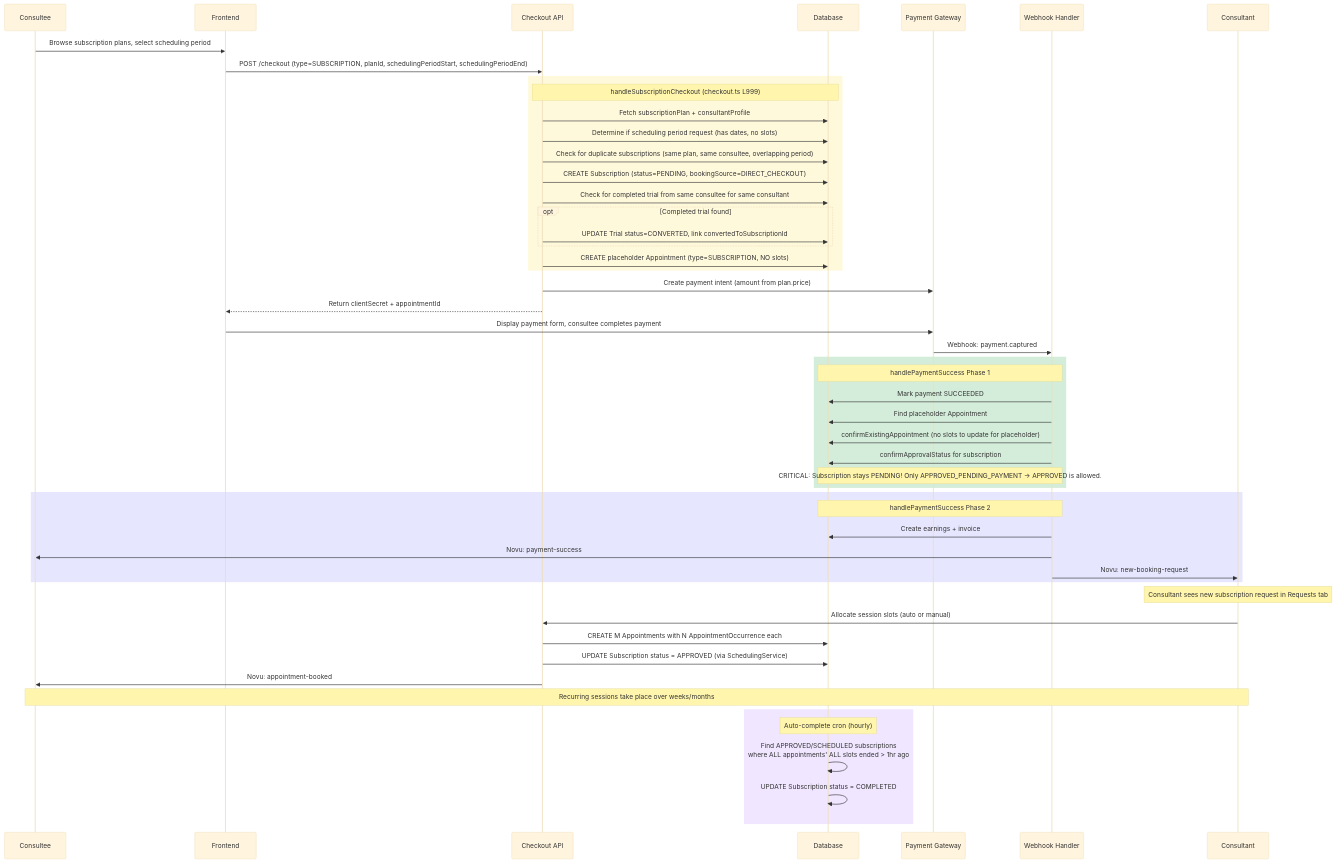
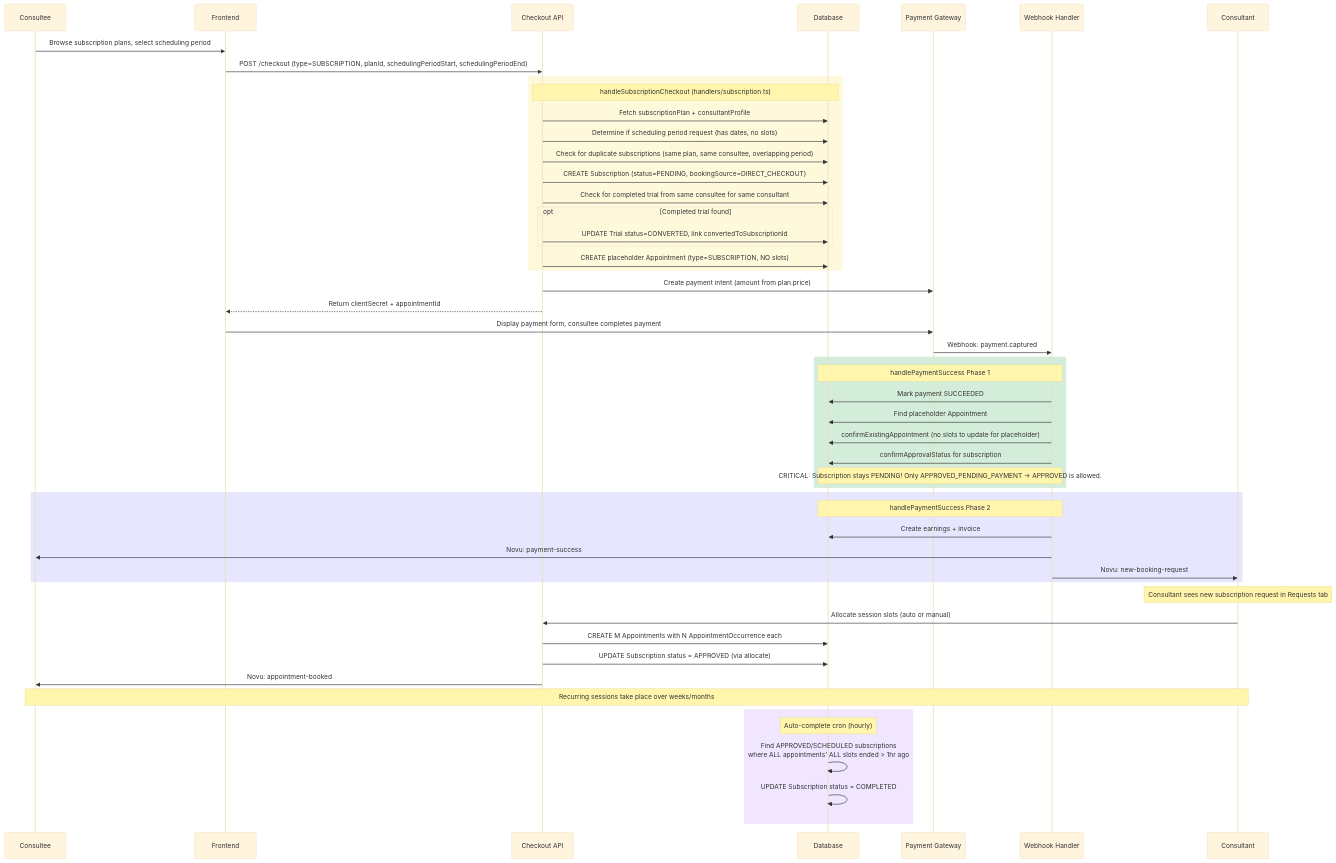
Before and after one commit to Practitionist/familiarise_web: the fifth of 16 diagrams in docs/booking/06-booking-lifecycle.md, drawn with Mermaid (base theme). The commit also changed other lines of this file and 78 other files, not shown here.

````diff
--- a/docs/booking/06-booking-lifecycle.md
+++ b/docs/booking/06-booking-lifecycle.md
@@ -316,62 +316,62 @@
 ```mermaid
 sequenceDiagram
     participant CE as Consultee
     participant FE as Frontend
     participant API as Checkout API
     participant DB as Database
     participant GW as Payment Gateway
     participant WH as Webhook Handler
     participant CT as Consultant
 
     CE->>FE: Browse subscription plans, select scheduling period
     FE->>API: POST /checkout (type=SUBSCRIPTION, planId, schedulingPeriodStart, schedulingPeriodEnd)
 
     rect rgb(255, 249, 220)
-        Note over API,DB: handleSubscriptionCheckout (checkout.ts L999)
+        Note over API,DB: handleSubscriptionCheckout (handlers/subscription.ts)
         API->>DB: Fetch subscriptionPlan + consultantProfile
         API->>DB: Determine if scheduling period request (has dates, no slots)
         API->>DB: Check for duplicate subscriptions (same plan, same consultee, overlapping period)
         API->>DB: CREATE Subscription (status=PENDING, bookingSource=DIRECT_CHECKOUT)
         API->>DB: Check for completed trial from same consultee for same consultant
         opt Completed trial found
             API->>DB: UPDATE Trial status=CONVERTED, link convertedToSubscriptionId
         end
         API->>DB: CREATE placeholder Appointment (type=SUBSCRIPTION, NO slots)
     end
 
     API->>GW: Create payment intent (amount from plan.price)
     API-->>FE: Return clientSecret + appointmentId
     FE->>GW: Display payment form, consultee completes payment
     GW->>WH: Webhook: payment.captured
 
     rect rgb(212, 237, 218)
         Note over WH,DB: handlePaymentSuccess Phase 1
         WH->>DB: Mark payment SUCCEEDED
         WH->>DB: Find placeholder Appointment
         WH->>DB: confirmExistingAppointment (no slots to update for placeholder)
         WH->>DB: confirmApprovalStatus for subscription
         Note over WH,DB: CRITICAL: Subscription stays PENDING! Only APPROVED_PENDING_PAYMENT -> APPROVED is allowed.
     end
 
     rect rgb(230, 230, 255)
         Note over WH,DB: handlePaymentSuccess Phase 2
         WH->>DB: Create earnings + invoice
         WH->>CE: Novu: payment-success
         WH->>CT: Novu: new-booking-request
     end
 
     Note over CT: Consultant sees new subscription request in Requests tab
 
     CT->>API: Allocate session slots (auto or manual)
     API->>DB: CREATE M Appointments with N AppointmentOccurrence each
-    API->>DB: UPDATE Subscription status = APPROVED (via SchedulingService)
+    API->>DB: UPDATE Subscription status = APPROVED (via allocate)
     API->>CE: Novu: appointment-booked
 
     Note over CE,CT: Recurring sessions take place over weeks/months
 
     rect rgb(240, 230, 255)
         Note over DB: Auto-complete cron (hourly)
         DB->>DB: Find APPROVED/SCHEDULED subscriptions<br/>where ALL appointments' ALL slots ended > 1hr ago
         DB->>DB: UPDATE Subscription status = COMPLETED
     end
 ```
````
